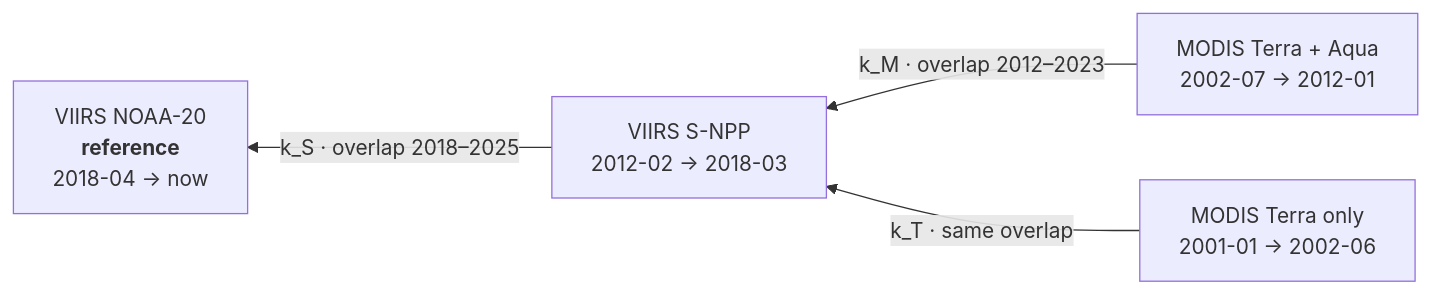
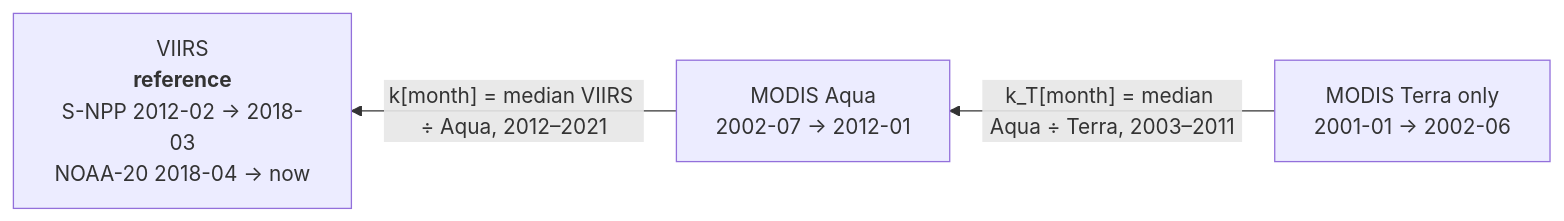
One commit to leonardos4enz/a11-nasa-2026 changed the second of 2 diagrams in README.md. Above: the diagram before and after it, drawn with Mermaid. The commit also changed other lines of this file and 15 other files, not shown here.

````diff
--- a/README.md
+++ b/README.md
@@ -120,10 +121,8 @@
 ```mermaid
 flowchart RL
-  N20["VIIRS NOAA-20<br/><b>reference</b><br/>2018-04 → now"]
-  SNPP["VIIRS S-NPP<br/>2012-02 → 2018-03"]
-  MOD["MODIS Terra + Aqua<br/>2002-07 → 2012-01"]
+  V["VIIRS<br/><b>reference</b><br/>S-NPP 2012-02 → 2018-03<br/>NOAA-20 2018-04 → now"]
+  AQ["MODIS Aqua<br/>2002-07 → 2012-01"]
   TER["MODIS Terra only<br/>2001-01 → 2002-06"]
-  SNPP -- "k_S · overlap 2018–2025" --> N20
-  MOD -- "k_M · overlap 2012–2023" --> SNPP
-  TER -- "k_T · same overlap" --> SNPP
+  AQ -- "k[month] = median VIIRS ÷ Aqua, 2012–2021" --> V
+  TER -- "k_T[month] = median Aqua ÷ Terra, 2003–2011" --> AQ
 ```
````
